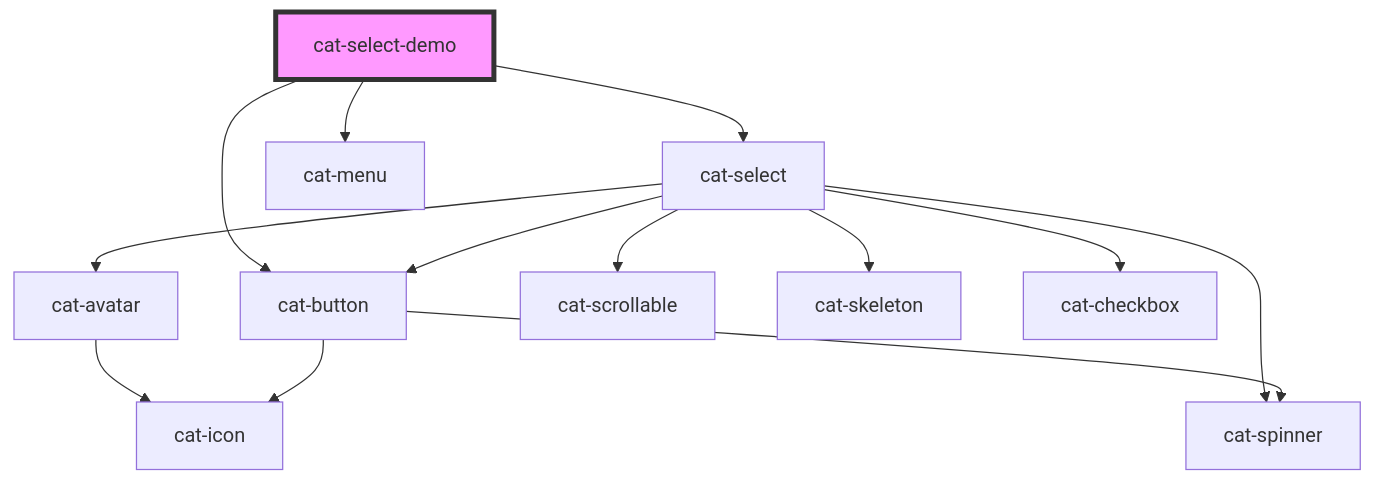
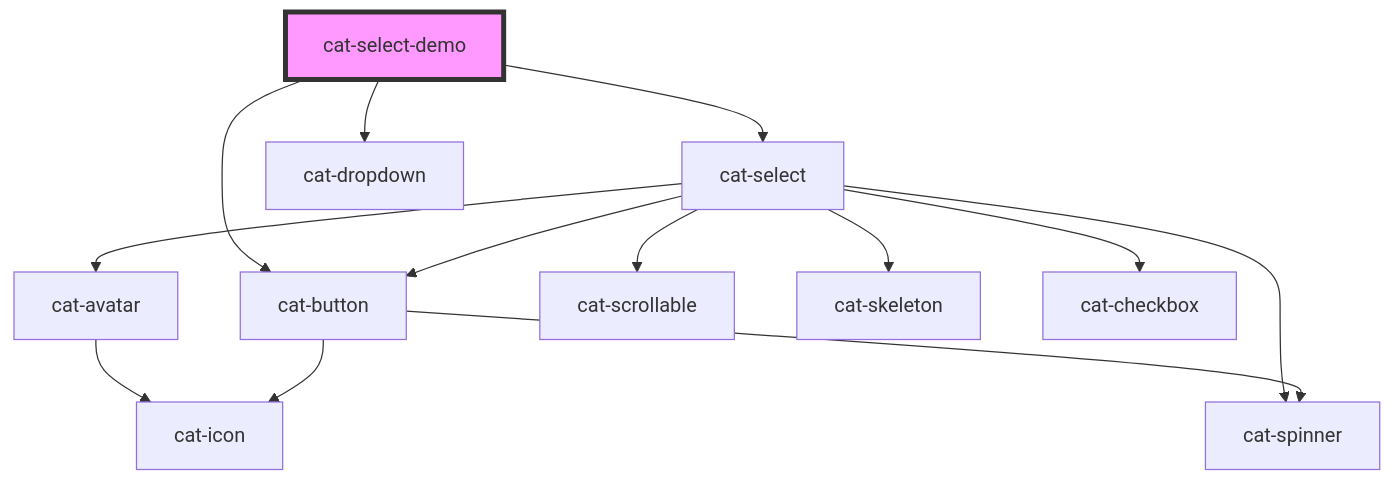
Before and after one commit to haiilo/catalyst: the diagram in core/src/components/cat-select-demo/readme.md, drawn with Mermaid. The commit also changed other lines of this file and 15 other files, not shown here.

Commit message:
feat(core)!: rename cat-menu to cat-dropdown

````diff
--- a/core/src/components/cat-select-demo/readme.md
+++ b/core/src/components/cat-select-demo/readme.md
@@ -17,16 +17,16 @@
 ```mermaid
 graph TD;
   cat-select-demo --> cat-select
-  cat-select-demo --> cat-menu
+  cat-select-demo --> cat-dropdown
   cat-select-demo --> cat-button
   cat-select --> cat-avatar
   cat-select --> cat-button
   cat-select --> cat-spinner
   cat-select --> cat-scrollable
   cat-select --> cat-skeleton
   cat-select --> cat-checkbox
   cat-avatar --> cat-icon
   cat-button --> cat-icon
   cat-button --> cat-spinner
   style cat-select-demo fill:#f9f,stroke:#333,stroke-width:4px
 ```
````
